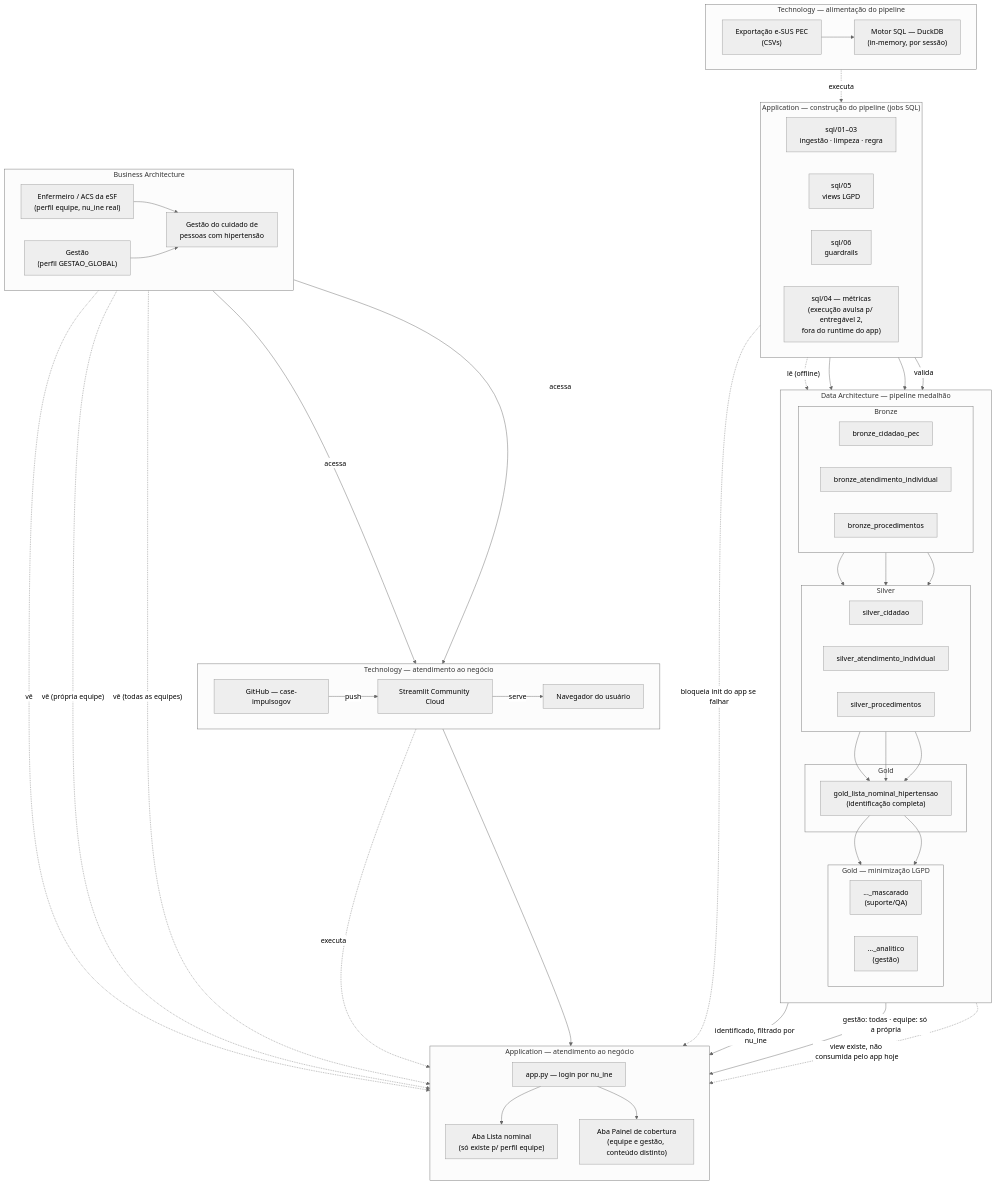
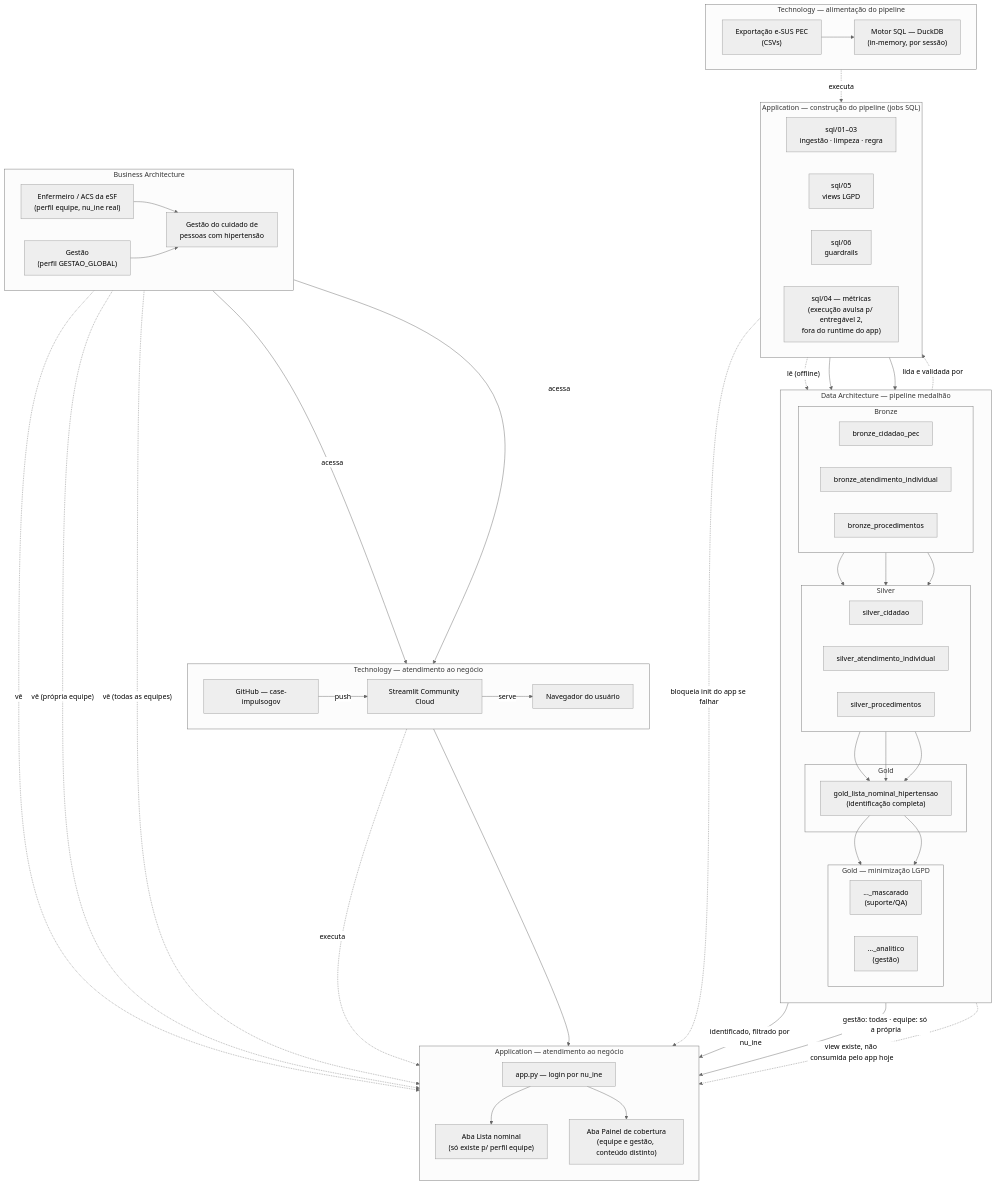
The diagram in extras/arquitetura-togaf.md (ShirleiAlexandrino/case-impulsogov), drawn with Mermaid (neutral theme) before and after one commit. The commit also changed other lines of this file, not shown here.

```diff
--- a/extras/arquitetura-togaf.md
+++ b/extras/arquitetura-togaf.md
@@ -88,7 +88,7 @@
     ENGINE -. executa .-> APP_PIPE
     JOBS --> DATA
     PRIV --> LGPDVIEWS
-    GUARD -- valida --> DATA
+    DATA -. "lida e validada por" .-> GUARD
     GUARD -. "bloqueia init do app se falhar" .-> STREAMLIT
     METRICS -. "lê (offline)" .-> G1
 
```
